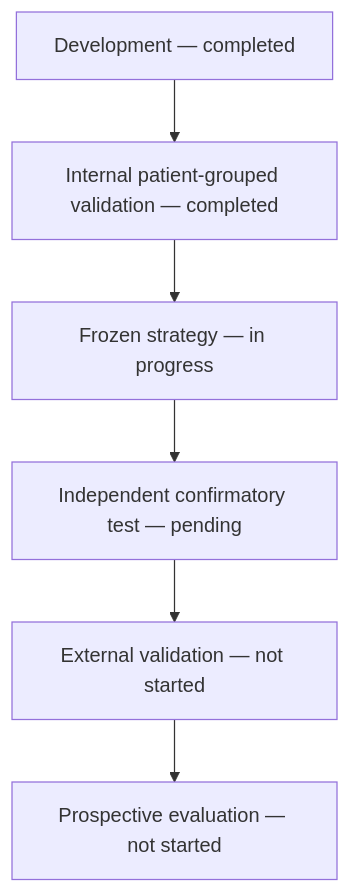
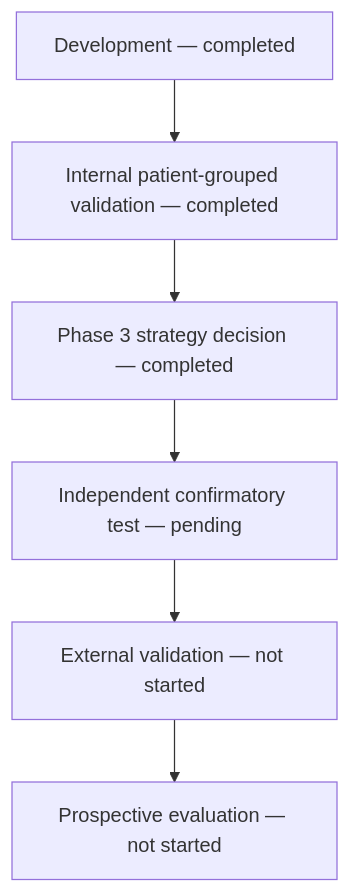
One commit to zylberman/DeepVital changed the diagram in docs/VALIDATION_STRATEGY.md. Above: the diagram before and after it, drawn with Mermaid. The commit also changed other lines of this file and 10 other files, not shown here.

````diff
--- a/docs/VALIDATION_STRATEGY.md
+++ b/docs/VALIDATION_STRATEGY.md
@@ -3,8 +3,8 @@
 ```mermaid
 flowchart TD
     A["Development — completed"] --> B["Internal patient-grouped validation — completed"]
-    B --> C["Frozen strategy — in progress"]
+    B --> C["Phase 3 strategy decision — completed"]
     C --> D["Independent confirmatory test — pending"]
     D --> E["External validation — not started"]
     E --> F["Prospective evaluation — not started"]
 ```
````
